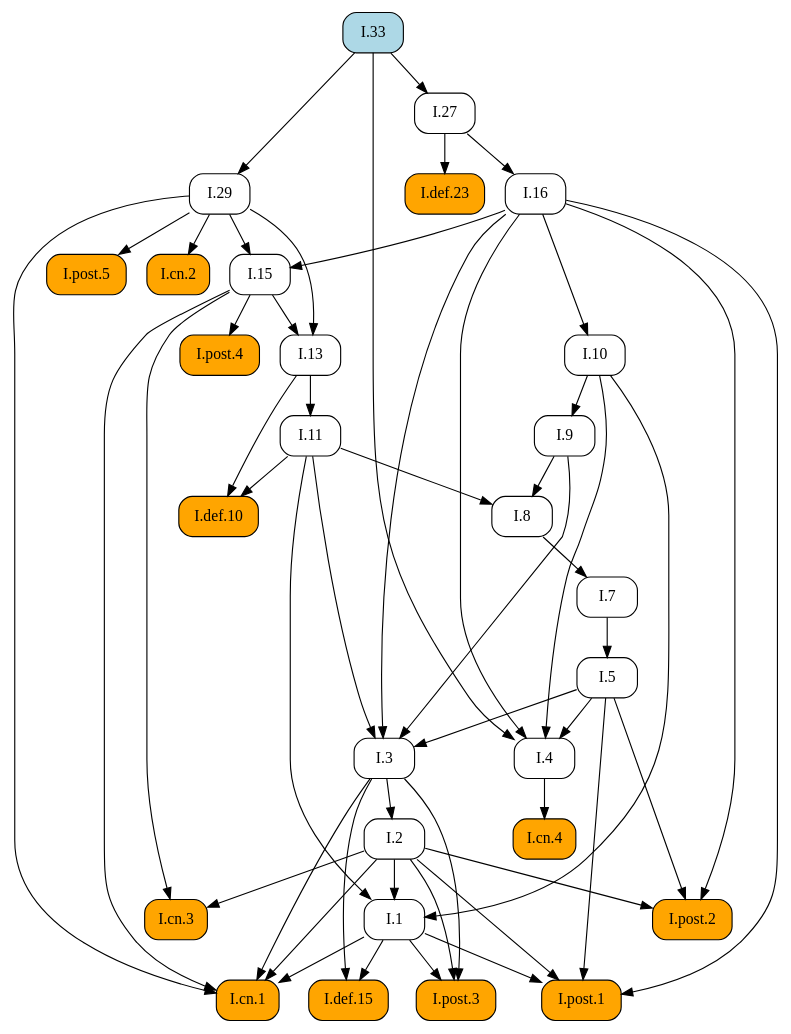
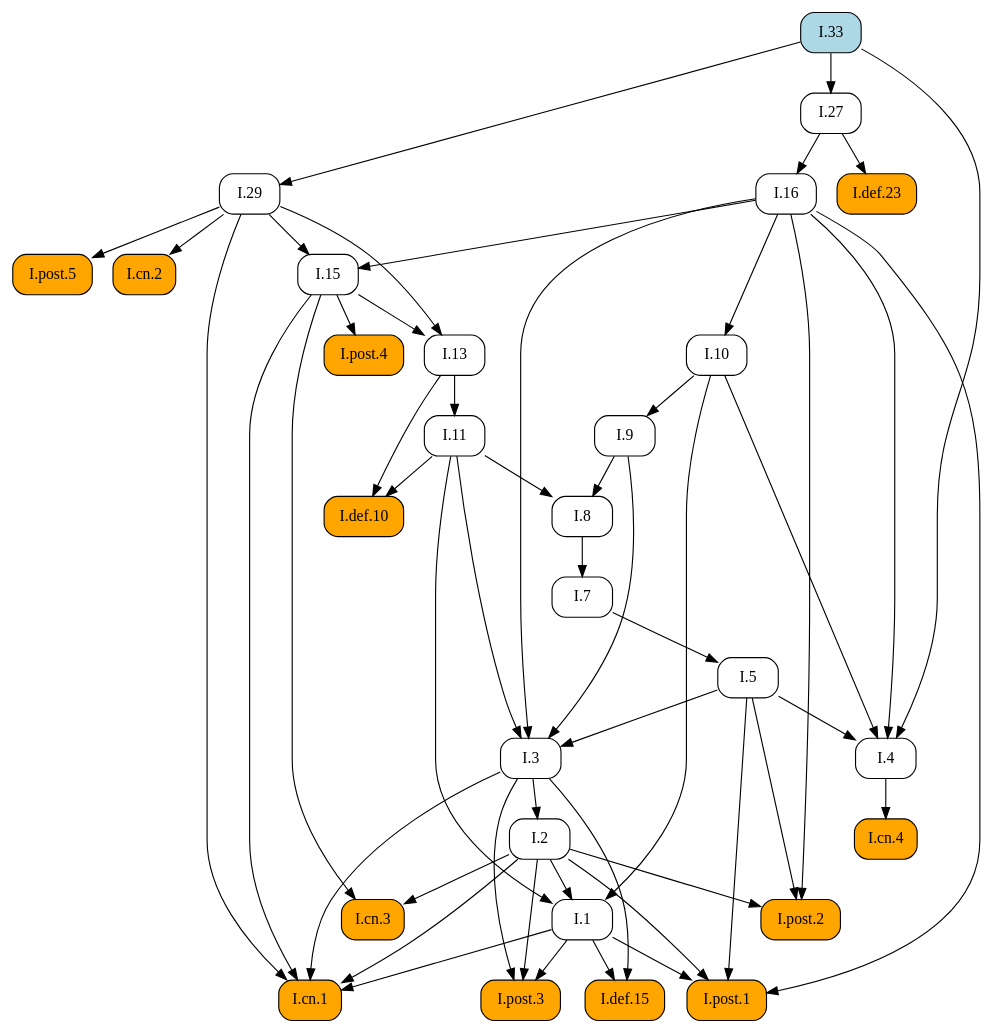
The diagram in docsrc/elements2/I/33/index.rst (geometor/elements), drawn with Graphviz before and after one commit. The commit also changed other lines of this file and 409 other files, not shown here.

First line of the commit message:
feat: Add image cropping and graphic extraction script

```diff
--- a/docsrc/elements2/I/33/index.rst
+++ b/docsrc/elements2/I/33/index.rst
@@ -76,84 +76,84 @@
    digraph {
      rankdir="TB";
      node [shape=box, style=rounded];
+     "I.def.15" [style="rounded,filled", fillcolor=orange, URL="/elements2/I/def.15/", target="_top"];
+     "I.def.10" [style="rounded,filled", fillcolor=orange, URL="/elements2/I/def.10/", target="_top"];
+     "I.def.23" [style="rounded,filled", fillcolor=orange, URL="/elements2/I/def.23/", target="_top"];
+     "I.11" [URL="/elements2/I/11/", target="_top"];
      "I.8" [URL="/elements2/I/8/", target="_top"];
-     "I.cn.3" [style="rounded,filled", fillcolor=orange, URL="/elements2/I/cn.3/", target="_top"];
-     "I.cn.4" [style="rounded,filled", fillcolor=orange, URL="/elements2/I/cn.4/", target="_top"];
-     "I.1" [URL="/elements2/I/1/", target="_top"];
-     "I.7" [URL="/elements2/I/7/", target="_top"];
-     "I.post.1" [style="rounded,filled", fillcolor=orange, URL="/elements2/I/post.1/", target="_top"];
-     "I.9" [URL="/elements2/I/9/", target="_top"];
-     "I.33" [style="rounded,filled", fillcolor=lightblue, URL="/elements2/I/33/", target="_top"];
+     "I.post.4" [style="rounded,filled", fillcolor=orange, URL="/elements2/I/post.4/", target="_top"];
+     "I.15" [URL="/elements2/I/15/", target="_top"];
      "I.5" [URL="/elements2/I/5/", target="_top"];
      "I.post.5" [style="rounded,filled", fillcolor=orange, URL="/elements2/I/post.5/", target="_top"];
+     "I.3" [URL="/elements2/I/3/", target="_top"];
+     "I.10" [URL="/elements2/I/10/", target="_top"];
+     "I.cn.3" [style="rounded,filled", fillcolor=orange, URL="/elements2/I/cn.3/", target="_top"];
      "I.cn.1" [style="rounded,filled", fillcolor=orange, URL="/elements2/I/cn.1/", target="_top"];
+     "I.13" [URL="/elements2/I/13/", target="_top"];
+     "I.4" [URL="/elements2/I/4/", target="_top"];
+     "I.post.3" [style="rounded,filled", fillcolor=orange, URL="/elements2/I/post.3/", target="_top"];
+     "I.7" [URL="/elements2/I/7/", target="_top"];
+     "I.9" [URL="/elements2/I/9/", target="_top"];
      "I.29" [URL="/elements2/I/29/", target="_top"];
-     "I.def.10" [style="rounded,filled", fillcolor=orange, URL="/elements2/I/def.10/", target="_top"];
-     "I.post.4" [style="rounded,filled", fillcolor=orange, URL="/elements2/I/post.4/", target="_top"];
      "I.16" [URL="/elements2/I/16/", target="_top"];
-     "I.cn.2" [style="rounded,filled", fillcolor=orange, URL="/elements2/I/cn.2/", target="_top"];
-     "I.13" [URL="/elements2/I/13/", target="_top"];
+     "I.post.1" [style="rounded,filled", fillcolor=orange, URL="/elements2/I/post.1/", target="_top"];
      "I.2" [URL="/elements2/I/2/", target="_top"];
      "I.27" [URL="/elements2/I/27/", target="_top"];
-     "I.def.15" [style="rounded,filled", fillcolor=orange, URL="/elements2/I/def.15/", target="_top"];
-     "I.4" [URL="/elements2/I/4/", target="_top"];
-     "I.11" [URL="/elements2/I/11/", target="_top"];
-     "I.10" [URL="/elements2/I/10/", target="_top"];
-     "I.15" [URL="/elements2/I/15/", target="_top"];
-     "I.3" [URL="/elements2/I/3/", target="_top"];
-     "I.def.23" [style="rounded,filled", fillcolor=orange, URL="/elements2/I/def.23/", target="_top"];
+     "I.33" [style="rounded,filled", fillcolor=lightblue, URL="/elements2/I/33/", target="_top"];
+     "I.cn.4" [style="rounded,filled", fillcolor=orange, URL="/elements2/I/cn.4/", target="_top"];
+     "I.cn.2" [style="rounded,filled", fillcolor=orange, URL="/elements2/I/cn.2/", target="_top"];
+     "I.1" [URL="/elements2/I/1/", target="_top"];
      "I.post.2" [style="rounded,filled", fillcolor=orange, URL="/elements2/I/post.2/", target="_top"];
-     "I.post.3" [style="rounded,filled", fillcolor=orange, URL="/elements2/I/post.3/", target="_top"];
+     "I.1" -> "I.def.15";
+     "I.3" -> "I.def.15";
+     "I.11" -> "I.def.10";
+     "I.13" -> "I.def.10";
+     "I.27" -> "I.def.23";
+     "I.13" -> "I.11";
      "I.9" -> "I.8";
      "I.11" -> "I.8";
+     "I.15" -> "I.post.4";
+     "I.16" -> "I.15";
+     "I.29" -> "I.15";
+     "I.7" -> "I.5";
+     "I.29" -> "I.post.5";
+     "I.5" -> "I.3";
+     "I.9" -> "I.3";
+     "I.11" -> "I.3";
+     "I.16" -> "I.3";
+     "I.16" -> "I.10";
      "I.2" -> "I.cn.3";
      "I.15" -> "I.cn.3";
-     "I.4" -> "I.cn.4";
-     "I.2" -> "I.1";
-     "I.10" -> "I.1";
-     "I.11" -> "I.1";
-     "I.8" -> "I.7";
-     "I.1" -> "I.post.1";
-     "I.2" -> "I.post.1";
-     "I.5" -> "I.post.1";
-     "I.16" -> "I.post.1";
-     "I.10" -> "I.9";
-     "I.7" -> "I.5";
-     "I.29" -> "I.post.5";
      "I.1" -> "I.cn.1";
      "I.2" -> "I.cn.1";
      "I.3" -> "I.cn.1";
      "I.15" -> "I.cn.1";
      "I.29" -> "I.cn.1";
-     "I.33" -> "I.29";
-     "I.11" -> "I.def.10";
-     "I.13" -> "I.def.10";
-     "I.15" -> "I.post.4";
-     "I.27" -> "I.16";
-     "I.29" -> "I.cn.2";
      "I.15" -> "I.13";
      "I.29" -> "I.13";
-     "I.3" -> "I.2";
-     "I.33" -> "I.27";
-     "I.1" -> "I.def.15";
-     "I.3" -> "I.def.15";
      "I.5" -> "I.4";
      "I.10" -> "I.4";
      "I.16" -> "I.4";
      "I.33" -> "I.4";
-     "I.13" -> "I.11";
-     "I.16" -> "I.10";
-     "I.16" -> "I.15";
-     "I.29" -> "I.15";
-     "I.5" -> "I.3";
-     "I.9" -> "I.3";
-     "I.11" -> "I.3";
-     "I.16" -> "I.3";
-     "I.27" -> "I.def.23";
+     "I.1" -> "I.post.3";
+     "I.2" -> "I.post.3";
+     "I.3" -> "I.post.3";
+     "I.8" -> "I.7";
+     "I.10" -> "I.9";
+     "I.33" -> "I.29";
+     "I.27" -> "I.16";
+     "I.1" -> "I.post.1";
+     "I.2" -> "I.post.1";
+     "I.5" -> "I.post.1";
+     "I.16" -> "I.post.1";
+     "I.3" -> "I.2";
+     "I.33" -> "I.27";
+     "I.4" -> "I.cn.4";
+     "I.29" -> "I.cn.2";
+     "I.2" -> "I.1";
+     "I.10" -> "I.1";
+     "I.11" -> "I.1";
      "I.2" -> "I.post.2";
      "I.5" -> "I.post.2";
      "I.16" -> "I.post.2";
-     "I.1" -> "I.post.3";
-     "I.2" -> "I.post.3";
-     "I.3" -> "I.post.3";
    }
```
